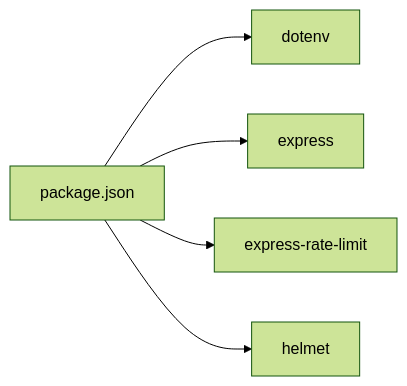
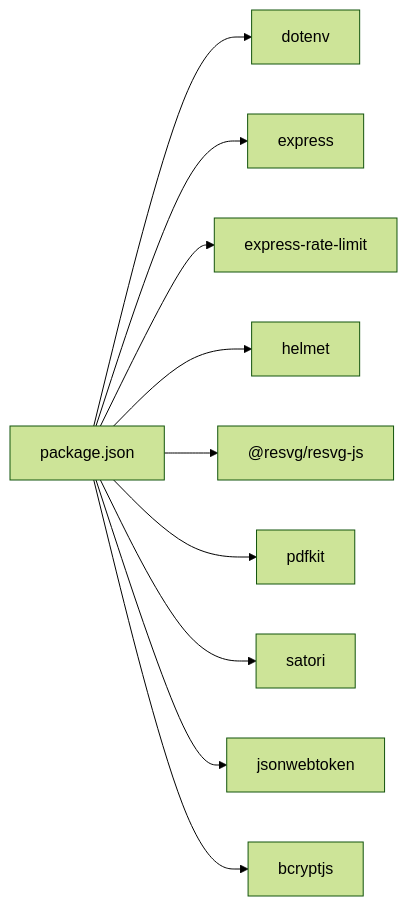
The third of 3 diagrams in .qoder/repowiki/en/content/AI Debate Engine/AI Provider Integration.md (RunTimeAdmin/tri-ai), drawn with Mermaid (forest theme) before and after one commit. The commit also changed other lines of this file and 13 other files, not shown here.

````diff
--- a/.qoder/repowiki/en/content/AI Debate Engine/AI Provider Integration.md
+++ b/.qoder/repowiki/en/content/AI Debate Engine/AI Provider Integration.md
@@ -246,12 +316,22 @@
 ```mermaid
 graph LR
 Pkg["package.json"]
 Dotenv["dotenv"]
 Express["express"]
 RateLimit["express-rate-limit"]
 Helmet["helmet"]
+RESVG["@resvg/resvg-js"]
+PDFKit["pdfkit"]
+Satori["satori"]
+JsonWebToken["jsonwebtoken"]
+BcryptJS["bcryptjs"]
 Pkg --> Dotenv
 Pkg --> Express
 Pkg --> RateLimit
 Pkg --> Helmet
+Pkg --> RESVG
+Pkg --> PDFKit
+Pkg --> Satori
+Pkg --> JsonWebToken
+Pkg --> BcryptJS
 ```
````
